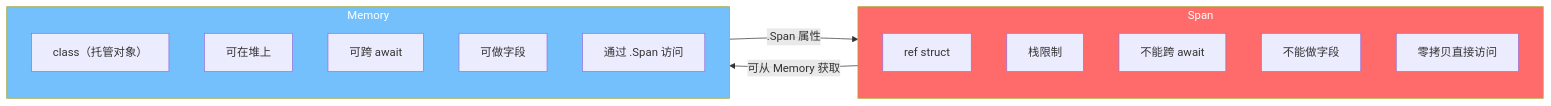
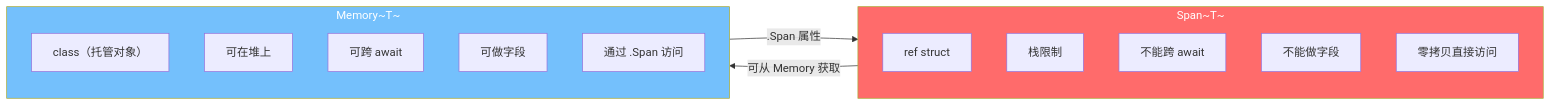
The fifth of 7 diagrams in src/后端开发/CSharp/CLR深度/08_高级类型与模式/01_ref结构与Span原理.md (moklgydocs/moklgydocs.github.io), drawn with Mermaid before and after one commit. The commit also changed other lines of this file and 32 other files, not shown here.

````diff
--- a/src/后端开发/CSharp/CLR深度/08_高级类型与模式/01_ref结构与Span原理.md
+++ b/src/后端开发/CSharp/CLR深度/08_高级类型与模式/01_ref结构与Span原理.md
@@ -575,24 +575,24 @@
 ```mermaid
 graph LR
-    subgraph SpanT["Span<T>"]
+    subgraph SpanT["Span~T~"]
         S1["ref struct"]
         S2["栈限制"]
         S3["不能跨 await"]
         S4["不能做字段"]
         S5["零拷贝直接访问"]
     end
 
-    subgraph MemoryT["Memory<T>"]
+    subgraph MemoryT["Memory~T~"]
         M1["class（托管对象）"]
         M2["可在堆上"]
         M3["可跨 await"]
         M4["可做字段"]
         M5["通过 .Span 访问"]
     end
 
     SpanT -->|可从 Memory 获取| MemoryT
     MemoryT -->|.Span 属性| SpanT
 
     style SpanT fill:#ff6b6b,color:#fff
     style MemoryT fill:#74c0fc,color:#fff
 ```
````
